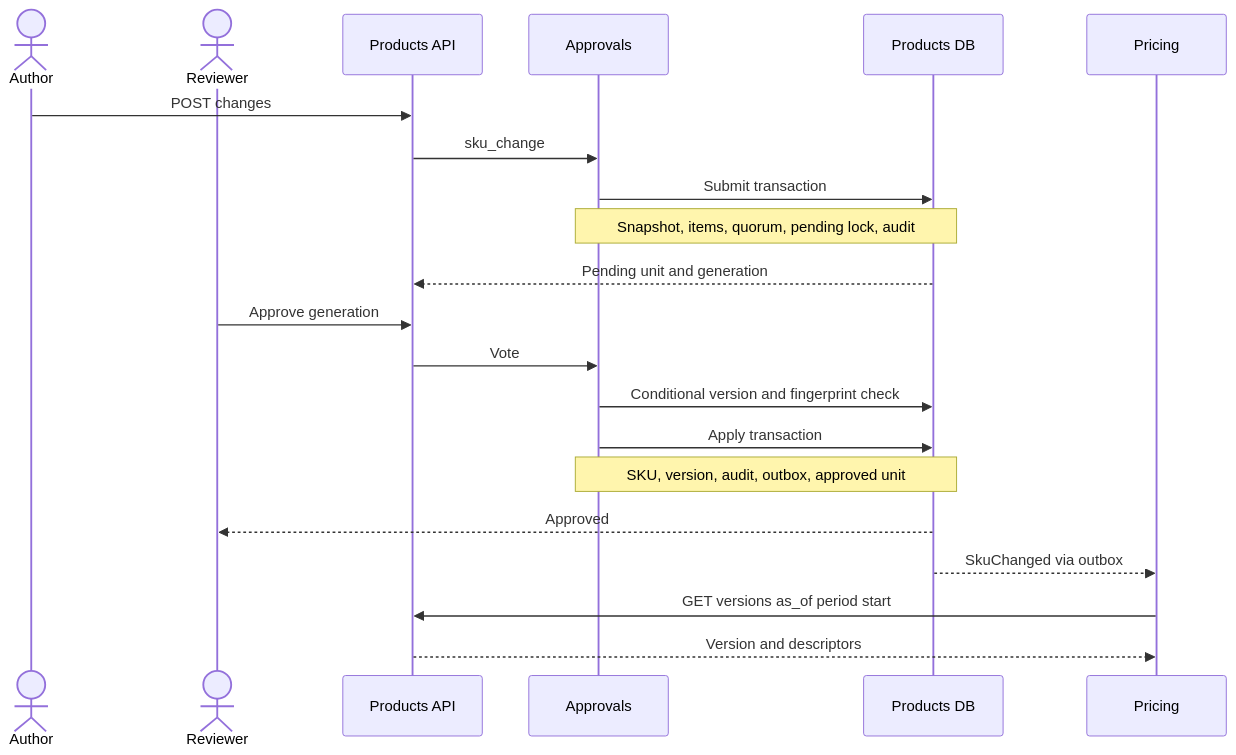
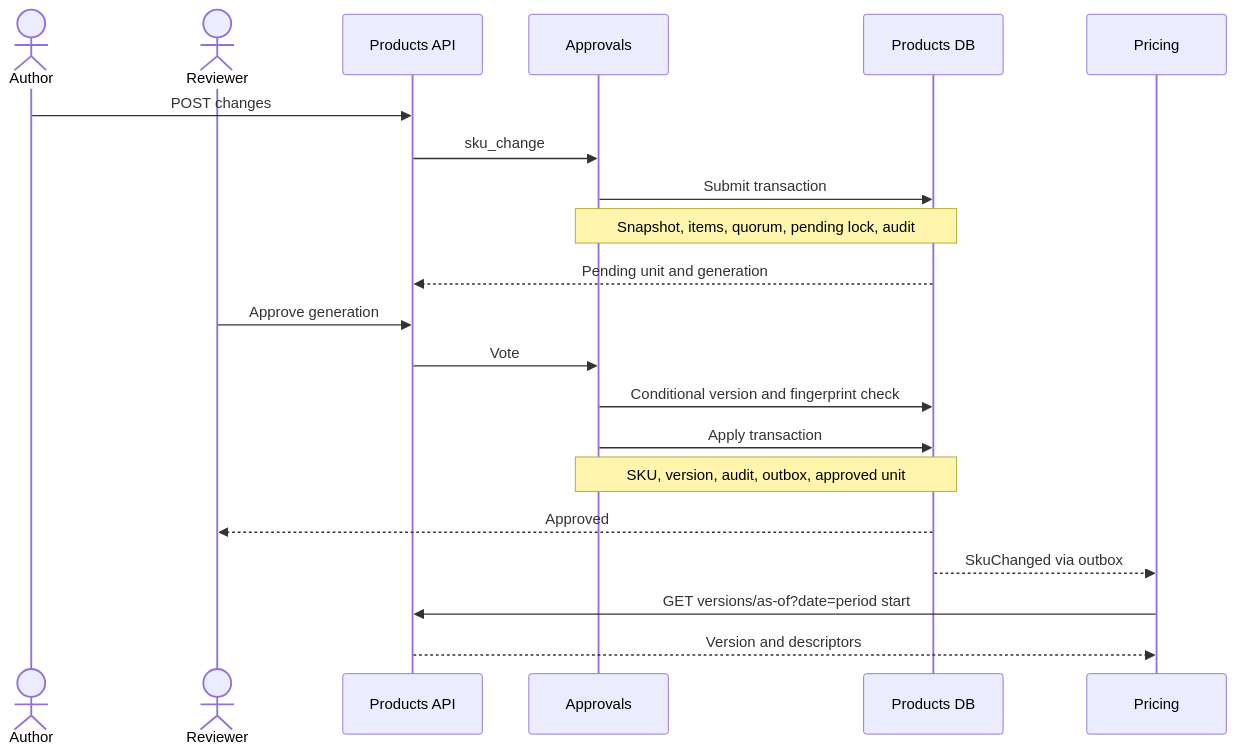
Before and after one commit to diffora/gears-rust: the third of 6 diagrams in gears/bss/products/docs/DESIGN.md, drawn with Mermaid. The commit also changed other lines of this file and 9 other files, not shown here.

````diff
--- a/gears/bss/products/docs/DESIGN.md
+++ b/gears/bss/products/docs/DESIGN.md
@@ -418,23 +419,23 @@
 ```mermaid
 sequenceDiagram
     actor Author
     actor Reviewer
     participant API as Products API
     participant Approval as Approvals
     participant DB as Products DB
     participant Pricing
     Author->>API: POST changes
     API->>Approval: sku_change
     Approval->>DB: Submit transaction
     Note over Approval,DB: Snapshot, items, quorum, pending lock, audit
     DB-->>API: Pending unit and generation
     Reviewer->>API: Approve generation
     API->>Approval: Vote
     Approval->>DB: Conditional version and fingerprint check
     Approval->>DB: Apply transaction
     Note over Approval,DB: SKU, version, audit, outbox, approved unit
     DB-->>Reviewer: Approved
     DB-->>Pricing: SkuChanged via outbox
-    Pricing->>API: GET versions as_of period start
+    Pricing->>API: GET versions/as-of?date=period start
     API-->>Pricing: Version and descriptors
 ```
````
